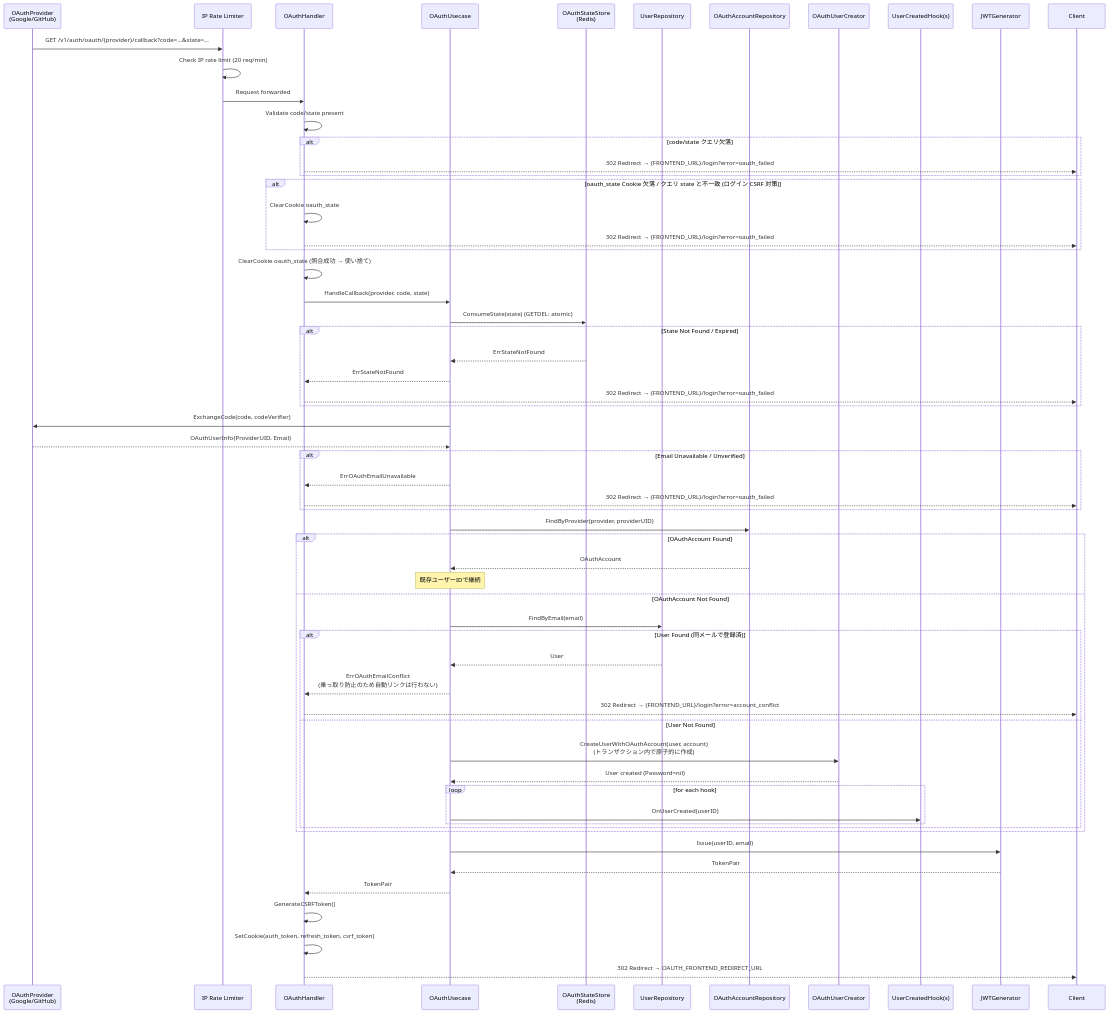
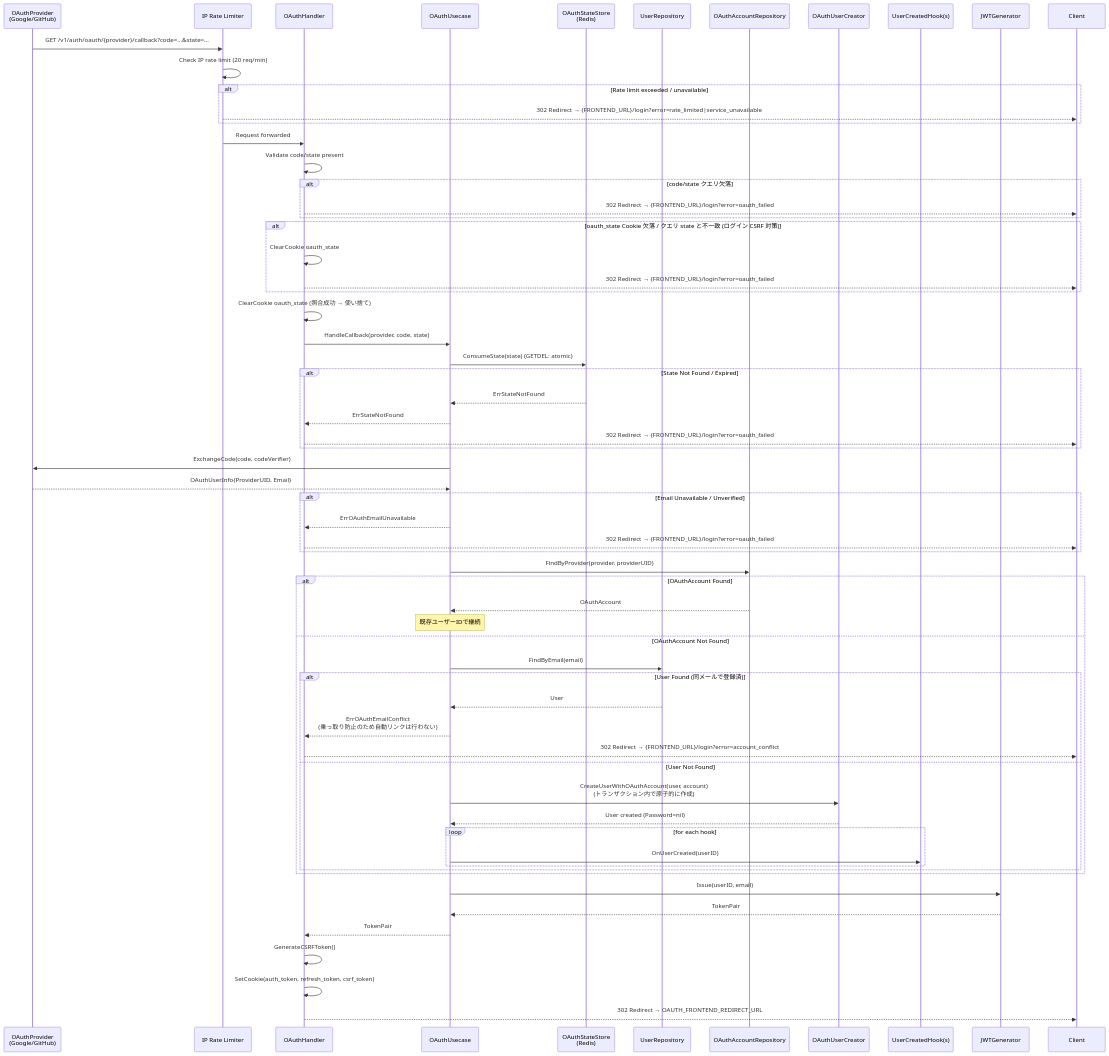
One commit to UCHIDAnobuhiro/stock-backend changed the sixth of 7 diagrams in docs/features/auth.md. Above: the diagram before and after it, drawn with Mermaid. The commit also changed other lines of this file and 7 other files, not shown here.

````diff
--- a/docs/features/auth.md
+++ b/docs/features/auth.md
@@ -208,72 +214,75 @@
 ```mermaid
 sequenceDiagram
     participant Provider as OAuthProvider<br/>(Google/GitHub)
     participant RateLimit as IP Rate Limiter
     participant Handler as OAuthHandler
     participant Usecase as OAuthUsecase
     participant StateStore as OAuthStateStore<br/>(Redis)
     participant UserRepo as UserRepository
     participant OAuthRepo as OAuthAccountRepository
     participant Creator as OAuthUserCreator
     participant Hooks as UserCreatedHook(s)
     participant JWT as JWTGenerator
 
     Provider->>RateLimit: GET /v1/auth/oauth/{provider}/callback?code=...&state=...
     RateLimit->>RateLimit: Check IP rate limit (20 req/min)
+    alt Rate limit exceeded / unavailable
+        RateLimit-->>Client: 302 Redirect → {FRONTEND_URL}/login?error=rate_limited|service_unavailable
+    end
     RateLimit->>Handler: Request forwarded
     Handler->>Handler: Validate code/state present
 
     alt code/state クエリ欠落
         Handler-->>Client: 302 Redirect → {FRONTEND_URL}/login?error=oauth_failed
     end
 
     alt oauth_state Cookie 欠落 / クエリ state と不一致 (ログイン CSRF 対策)
         Handler->>Handler: ClearCookie oauth_state
         Handler-->>Client: 302 Redirect → {FRONTEND_URL}/login?error=oauth_failed
     end
 
     Handler->>Handler: ClearCookie oauth_state (照合成功 → 使い捨て)
     Handler->>Usecase: HandleCallback(provider, code, state)
     Usecase->>StateStore: ConsumeState(state) (GETDEL: atomic)
 
     alt State Not Found / Expired
         StateStore-->>Usecase: ErrStateNotFound
         Usecase-->>Handler: ErrStateNotFound
         Handler-->>Client: 302 Redirect → {FRONTEND_URL}/login?error=oauth_failed
     end
 
     Usecase->>Provider: ExchangeCode(code, codeVerifier)
     Provider-->>Usecase: OAuthUserInfo{ProviderUID, Email}
 
     alt Email Unavailable / Unverified
         Usecase-->>Handler: ErrOAuthEmailUnavailable
         Handler-->>Client: 302 Redirect → {FRONTEND_URL}/login?error=oauth_failed
     end
 
     Usecase->>OAuthRepo: FindByProvider(provider, providerUID)
 
     alt OAuthAccount Found
         OAuthRepo-->>Usecase: OAuthAccount
         Note over Usecase: 既存ユーザーIDで継続
     else OAuthAccount Not Found
         Usecase->>UserRepo: FindByEmail(email)
         alt User Found (同メールで登録済)
             UserRepo-->>Usecase: User
             Usecase-->>Handler: ErrOAuthEmailConflict<br/>(乗っ取り防止のため自動リンクは行わない)
             Handler-->>Client: 302 Redirect → {FRONTEND_URL}/login?error=account_conflict
         else User Not Found
             Usecase->>Creator: CreateUserWithOAuthAccount(user, account)<br/>(トランザクション内で原子的に作成)
             Creator-->>Usecase: User created (Password=nil)
             loop for each hook
                 Usecase->>Hooks: OnUserCreated(userID)
             end
         end
     end
 
     Usecase->>JWT: Issue(userID, email)
     JWT-->>Usecase: TokenPair
     Usecase-->>Handler: TokenPair
     Handler->>Handler: GenerateCSRFToken()
     Handler->>Handler: SetCookie(auth_token, refresh_token, csrf_token)
     Handler-->>Client: 302 Redirect → OAUTH_FRONTEND_REDIRECT_URL
 ```
````
